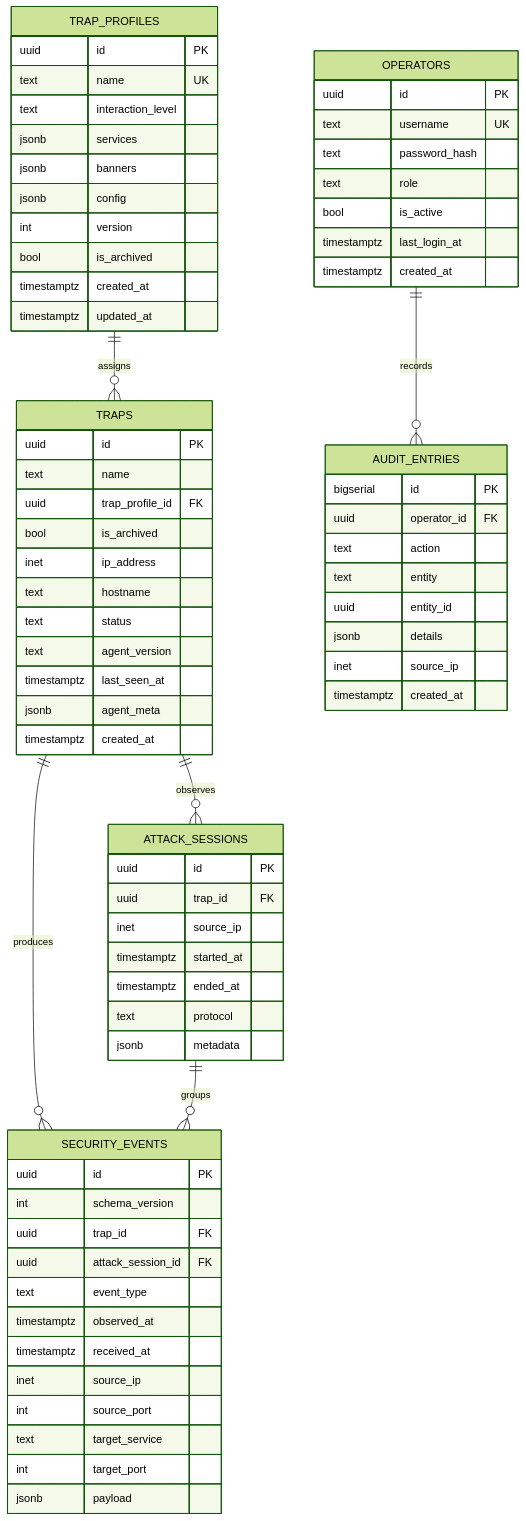
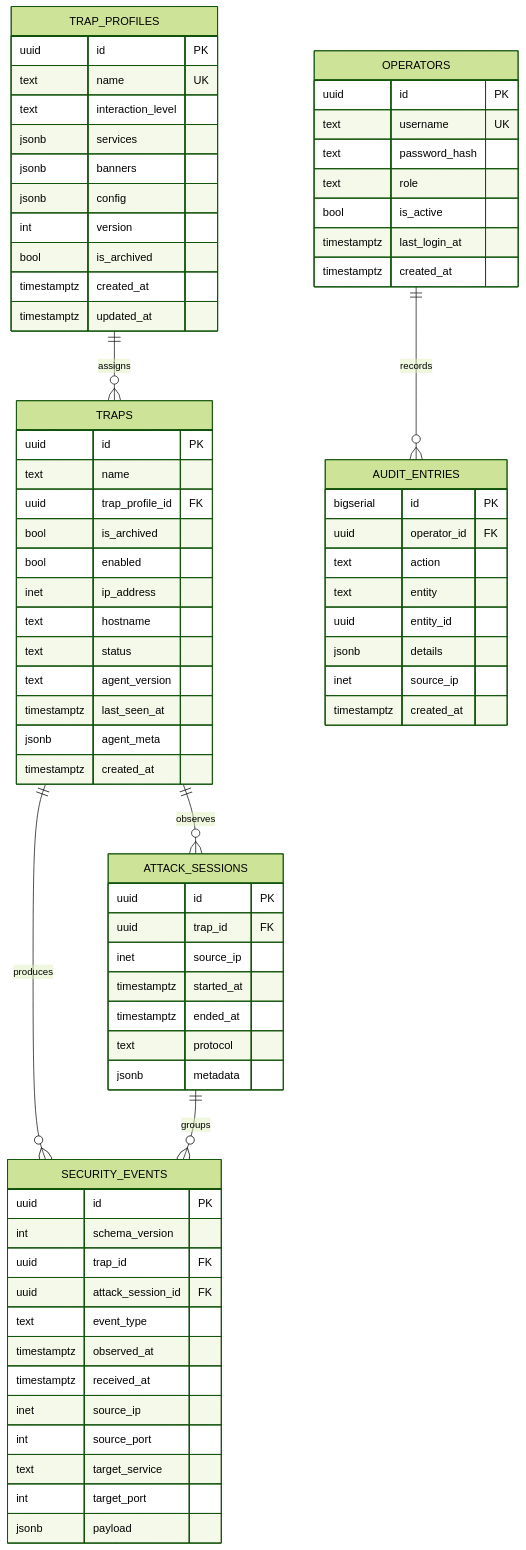
Before and after one commit to ArtiKn/HoneyForge: the diagram in docs/database.md, drawn with Mermaid (forest theme). The commit also changed other lines of this file and 20 other files, not shown here.

````diff
--- a/docs/database.md
+++ b/docs/database.md
@@ -5,76 +5,77 @@
 ```mermaid
 erDiagram
     TRAP_PROFILES ||--o{ TRAPS : assigns
     TRAPS ||--o{ ATTACK_SESSIONS : observes
     TRAPS ||--o{ SECURITY_EVENTS : produces
     ATTACK_SESSIONS ||--o{ SECURITY_EVENTS : groups
     OPERATORS ||--o{ AUDIT_ENTRIES : records
 
     TRAP_PROFILES {
         uuid id PK
         text name UK
         text interaction_level
         jsonb services
         jsonb banners
         jsonb config
         int version
         bool is_archived
         timestamptz created_at
         timestamptz updated_at
     }
     TRAPS {
         uuid id PK
         text name
         uuid trap_profile_id FK
         bool is_archived
+        bool enabled
         inet ip_address
         text hostname
         text status
         text agent_version
         timestamptz last_seen_at
         jsonb agent_meta
         timestamptz created_at
     }
     ATTACK_SESSIONS {
         uuid id PK
         uuid trap_id FK
         inet source_ip
         timestamptz started_at
         timestamptz ended_at
         text protocol
         jsonb metadata
     }
     SECURITY_EVENTS {
         uuid id PK
         int schema_version
         uuid trap_id FK
         uuid attack_session_id FK
         text event_type
         timestamptz observed_at
         timestamptz received_at
         inet source_ip
         int source_port
         text target_service
         int target_port
         jsonb payload
     }
     OPERATORS {
         uuid id PK
         text username UK
         text password_hash
         text role
         bool is_active
         timestamptz last_login_at
         timestamptz created_at
     }
     AUDIT_ENTRIES {
         bigserial id PK
         uuid operator_id FK
         text action
         text entity
         uuid entity_id
         jsonb details
         inet source_ip
         timestamptz created_at
     }
 ```
````
